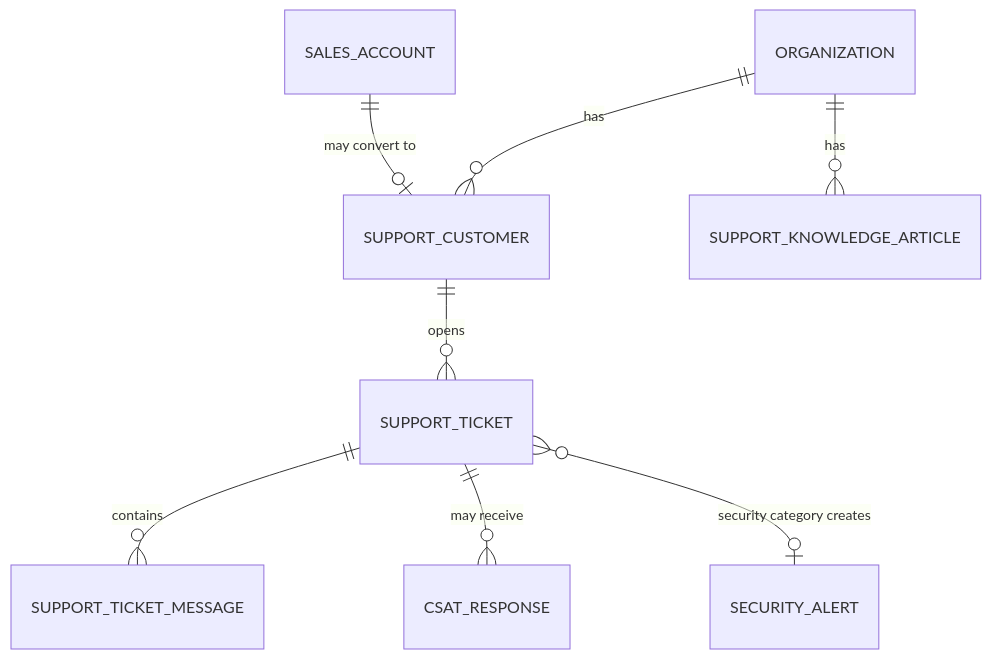
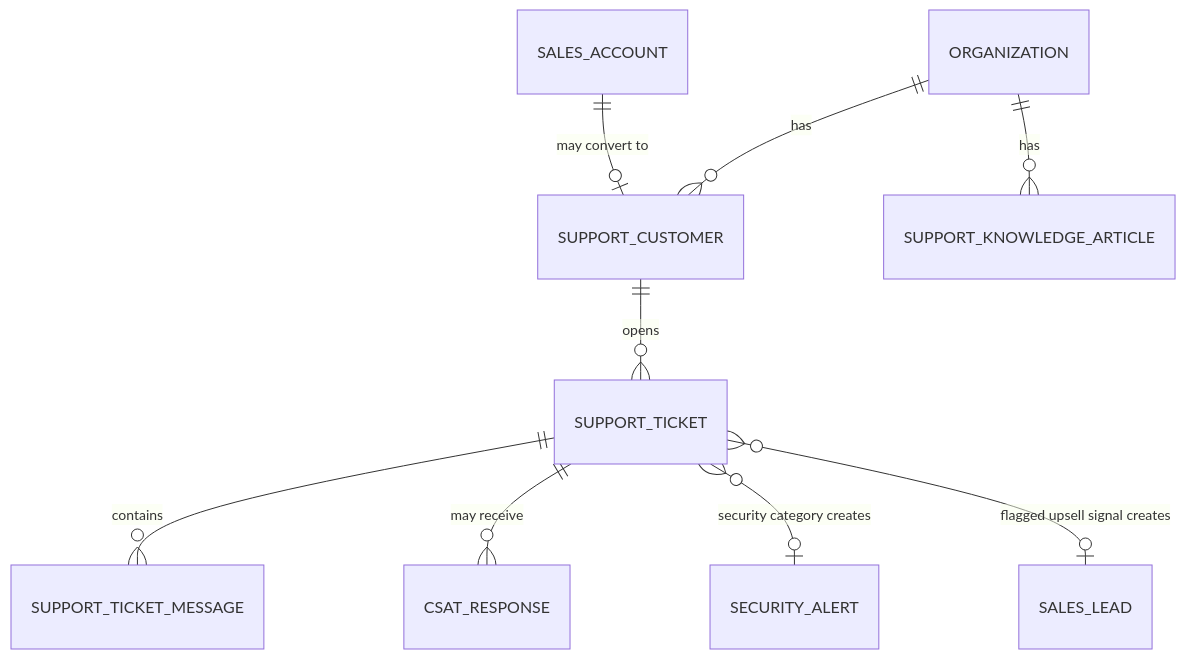
Before and after one commit to rabbit285/agora-os: the fifth of 6 diagrams in docs/DOMAIN_MODEL.md, drawn with Mermaid. The commit also changed other lines of this file and 17 other files, not shown here.

````diff
--- a/docs/DOMAIN_MODEL.md
+++ b/docs/DOMAIN_MODEL.md
@@ -198,10 +198,11 @@
 ```mermaid
 erDiagram
   ORGANIZATION ||--o{ SUPPORT_CUSTOMER : has
   SALES_ACCOUNT ||--o| SUPPORT_CUSTOMER : "may convert to"
   SUPPORT_CUSTOMER ||--o{ SUPPORT_TICKET : opens
   SUPPORT_TICKET ||--o{ SUPPORT_TICKET_MESSAGE : contains
   SUPPORT_TICKET ||--o{ CSAT_RESPONSE : "may receive"
   SUPPORT_TICKET }o--o| SECURITY_ALERT : "security category creates"
+  SUPPORT_TICKET }o--o| SALES_LEAD : "flagged upsell signal creates"
   ORGANIZATION ||--o{ SUPPORT_KNOWLEDGE_ARTICLE : has
 ```
````
